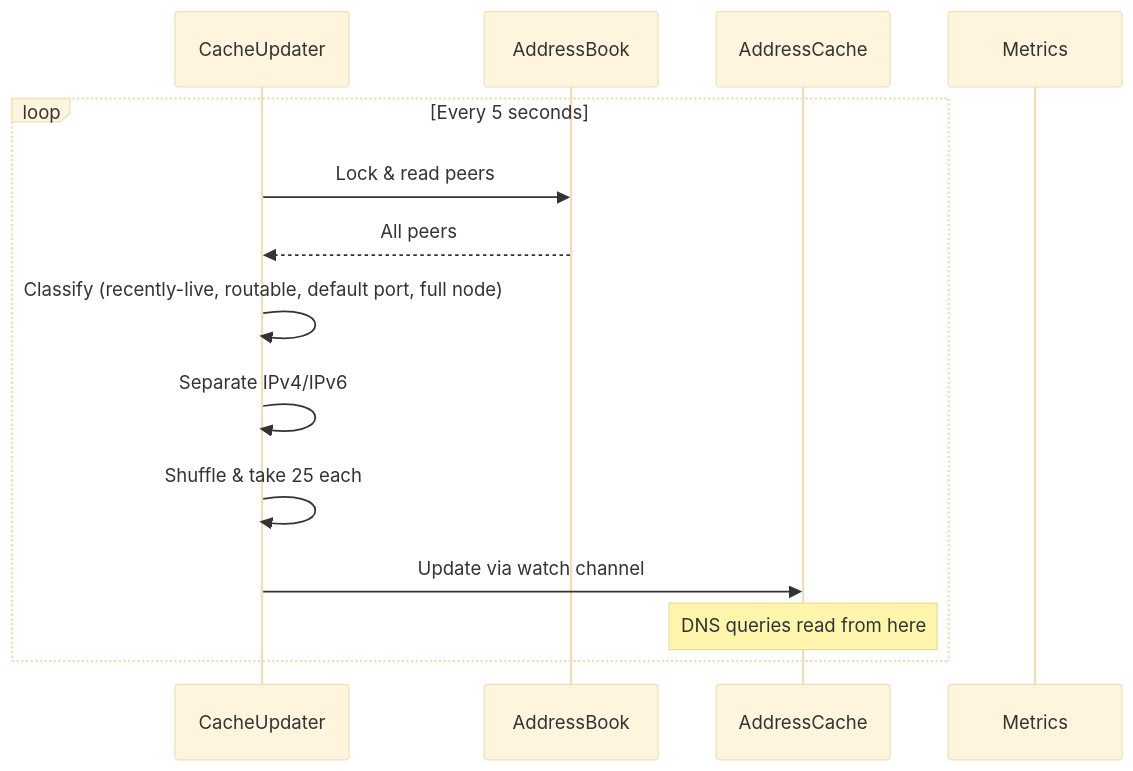
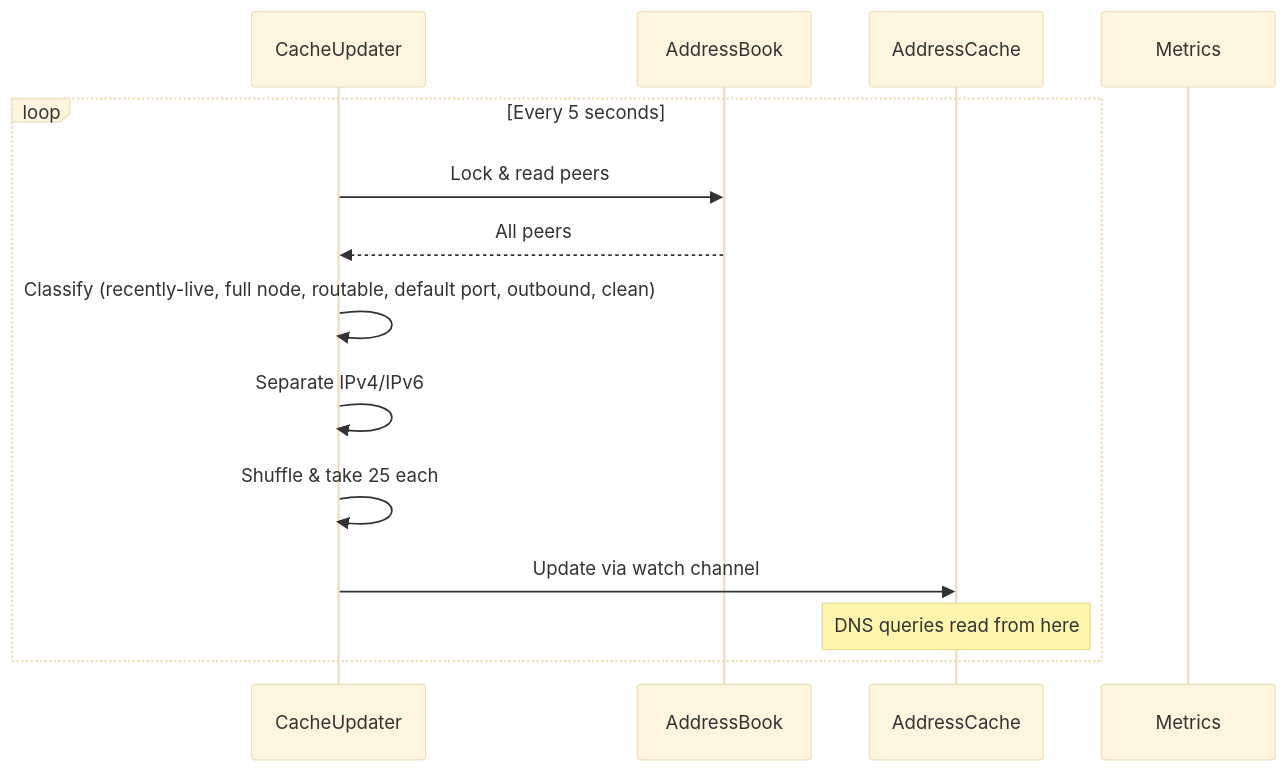
The third of 4 diagrams in docs/architecture.md (ZcashFoundation/zeeder), drawn with Mermaid (base theme) before and after one commit. The commit also changed other lines of this file and 40 other files, not shown here.

````diff
--- a/docs/architecture.md
+++ b/docs/architecture.md
@@ -78,17 +91,17 @@
 ```mermaid
 sequenceDiagram
     participant CacheUpdater
     participant AddressBook
     participant AddressCache
     participant Metrics
     
     loop Every 5 seconds
         CacheUpdater->>AddressBook: Lock & read peers
         AddressBook-->>CacheUpdater: All peers
-        CacheUpdater->>CacheUpdater: Classify (recently-live, routable, default port, full node)
+        CacheUpdater->>CacheUpdater: Classify (recently-live, full node, routable, default port, outbound, clean)
         CacheUpdater->>CacheUpdater: Separate IPv4/IPv6
         CacheUpdater->>CacheUpdater: Shuffle & take 25 each
         CacheUpdater->>AddressCache: Update via watch channel
         Note over AddressCache: DNS queries read from here
     end
 ```
````
